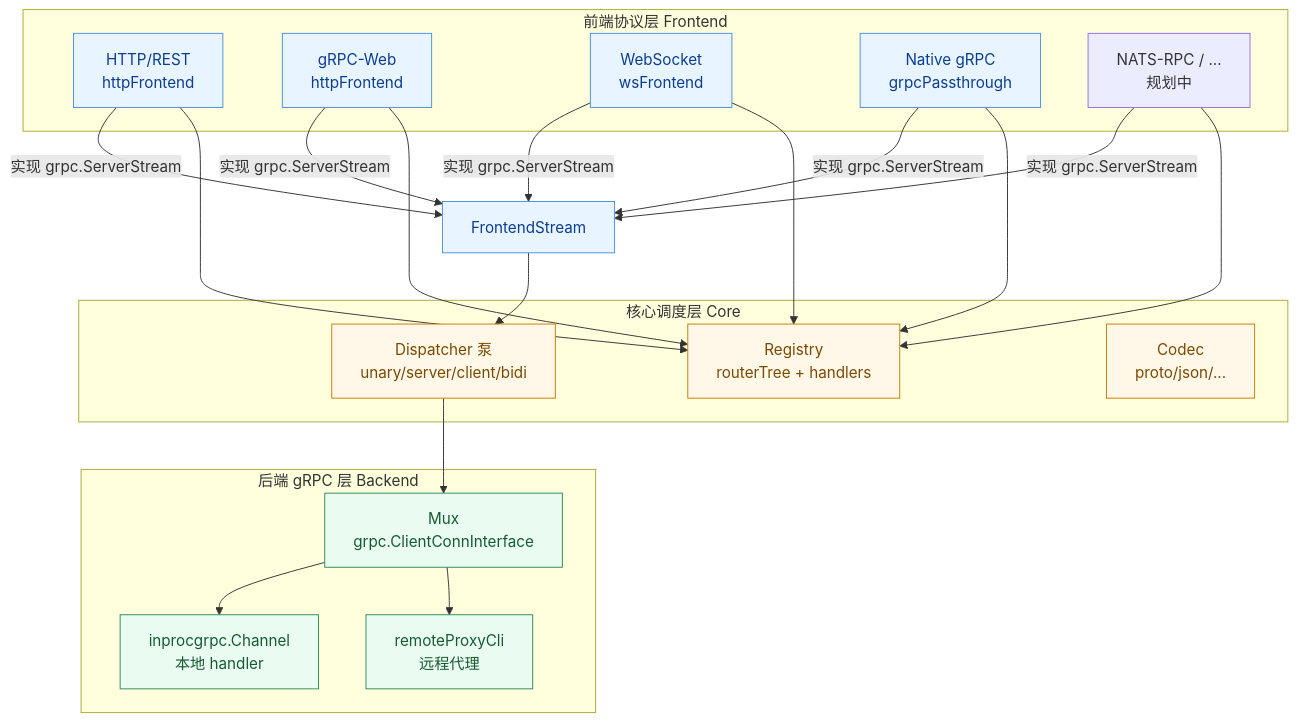
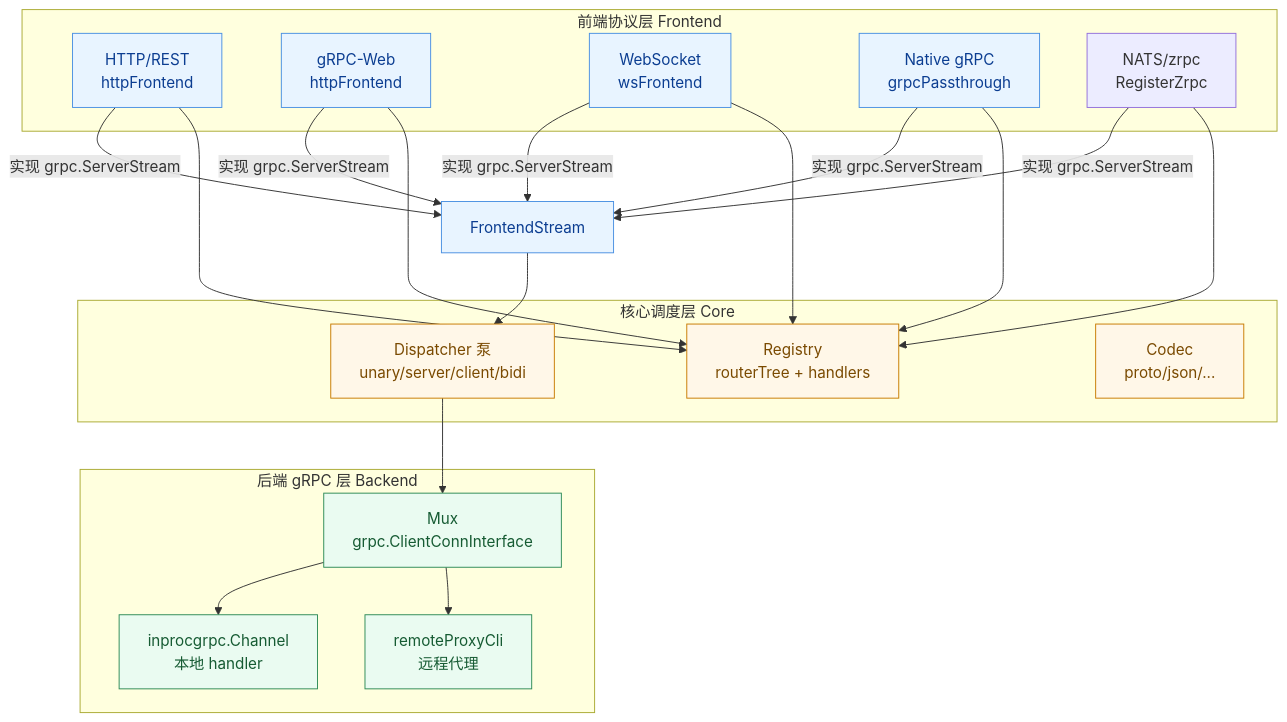
The first of 7 diagrams in pkg/gateway/docs/architecture.md (pubgo/lava), drawn with Mermaid before and after one commit. The commit also changed other lines of this file and 6 other files, not shown here.

First line of the commit message:
Document native gRPC and NATS/zrpc gateway fronts

````diff
--- a/pkg/gateway/docs/architecture.md
+++ b/pkg/gateway/docs/architecture.md
@@ -19,36 +19,36 @@
 ```mermaid
 flowchart TB
     subgraph FE[前端协议层 Frontend]
         F1[HTTP/REST<br/>httpFrontend]
         F2[gRPC-Web<br/>httpFrontend]
         F3[WebSocket<br/>wsFrontend]
         F4[Native gRPC<br/>grpcPassthrough]
-        F5[NATS-RPC / ...<br/>规划中]
+        F5[NATS/zrpc<br/>RegisterZrpc]
     end
 
     subgraph CORE[核心调度层 Core]
         REG[Registry<br/>routerTree + handlers]
         PUMP[Dispatcher 泵<br/>unary/server/client/bidi]
         CODEC[Codec<br/>proto/json/...]
     end
 
     subgraph BE[后端 gRPC 层 Backend]
         INV["Mux<br/>grpc.ClientConnInterface"]
         INPROC[inprocgrpc.Channel<br/>本地 handler]
         PROXY[remoteProxyCli<br/>远程代理]
     end
 
     F1 & F2 & F3 & F4 & F5 -->|实现 grpc.ServerStream| SS[FrontendStream]
     F1 & F2 & F3 & F4 & F5 --> REG
     SS --> PUMP
     PUMP --> INV
     INV --> INPROC
     INV --> PROXY
 
     classDef fe fill:#E8F4FF,stroke:#4A90E2,color:#0B3D91;
     classDef core fill:#FFF7E8,stroke:#C87B00,color:#7A4A00;
     classDef be fill:#EAFBF1,stroke:#2E8B57,color:#165B33;
     class F1,F2,F3,F4,SS fe;
     class REG,PUMP,CODEC core;
     class INV,INPROC,PROXY be;
 ```
````
